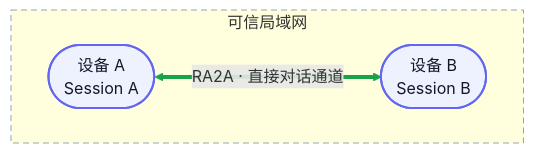
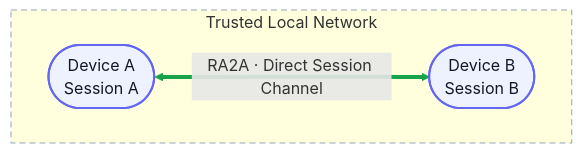
The diagram in README.md (ceasarXuu/RA2A), drawn with Mermaid before and after one commit. The commit also changed other lines of this file and 1 other file, not shown here.

````diff
--- a/README.md
+++ b/README.md
@@ -18,12 +20,12 @@
 ```mermaid
 flowchart LR
-    subgraph LAN["可信局域网"]
+    subgraph LAN["Trusted Local Network"]
         direction LR
-        S1(["设备 A<br/>Session A"]) <==>|"RA2A · 直接对话通道"| S2(["设备 B<br/>Session B"])
+        S1(["Device A<br/>Session A"]) <==>|"RA2A · Direct Session Channel"| S2(["Device B<br/>Session B"])
     end
 
     classDef session fill:#eef2ff,stroke:#6366f1,color:#111827,stroke-width:2px
     class S1,S2 session
     style LAN stroke:#94a3b8,stroke-width:1px,stroke-dasharray:6 4
     linkStyle 0 stroke:#16a34a,stroke-width:4px
 ```
````
